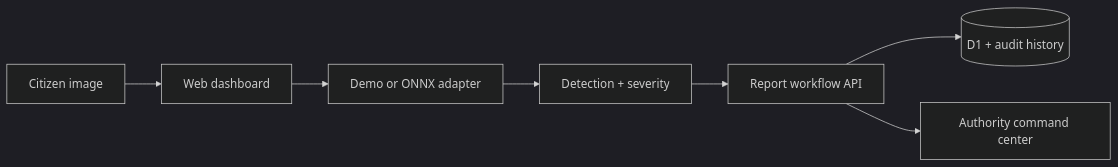
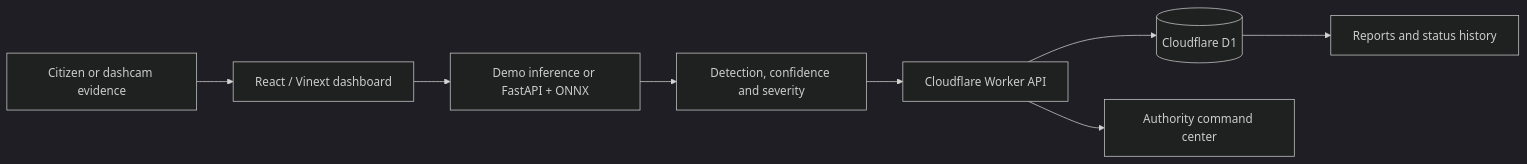
The diagram in README.md (AzizulHakim00/CivicLens-AI), drawn with Mermaid (dark theme) before and after one commit. The commit also changed other lines of this file and 7 other files, not shown here.

````diff
--- a/README.md
+++ b/README.md
@@ -30,9 +79,10 @@
 ```mermaid
 flowchart LR
-    A["Citizen image"] --> B["Web dashboard"]
-    B --> C["Demo or ONNX adapter"]
-    C --> D["Detection + severity"]
-    D --> E["Report workflow API"]
-    E --> F[("D1 + audit history")]
-    E --> G["Authority command center"]
+    A[Citizen or dashcam evidence] --> B[React / Vinext dashboard]
+    B --> C[Demo inference or FastAPI + ONNX]
+    C --> D[Detection, confidence and severity]
+    D --> E[Cloudflare Worker API]
+    E --> F[(Cloudflare D1)]
+    E --> G[Authority command center]
+    F --> H[Reports and status history]
 ```
````
